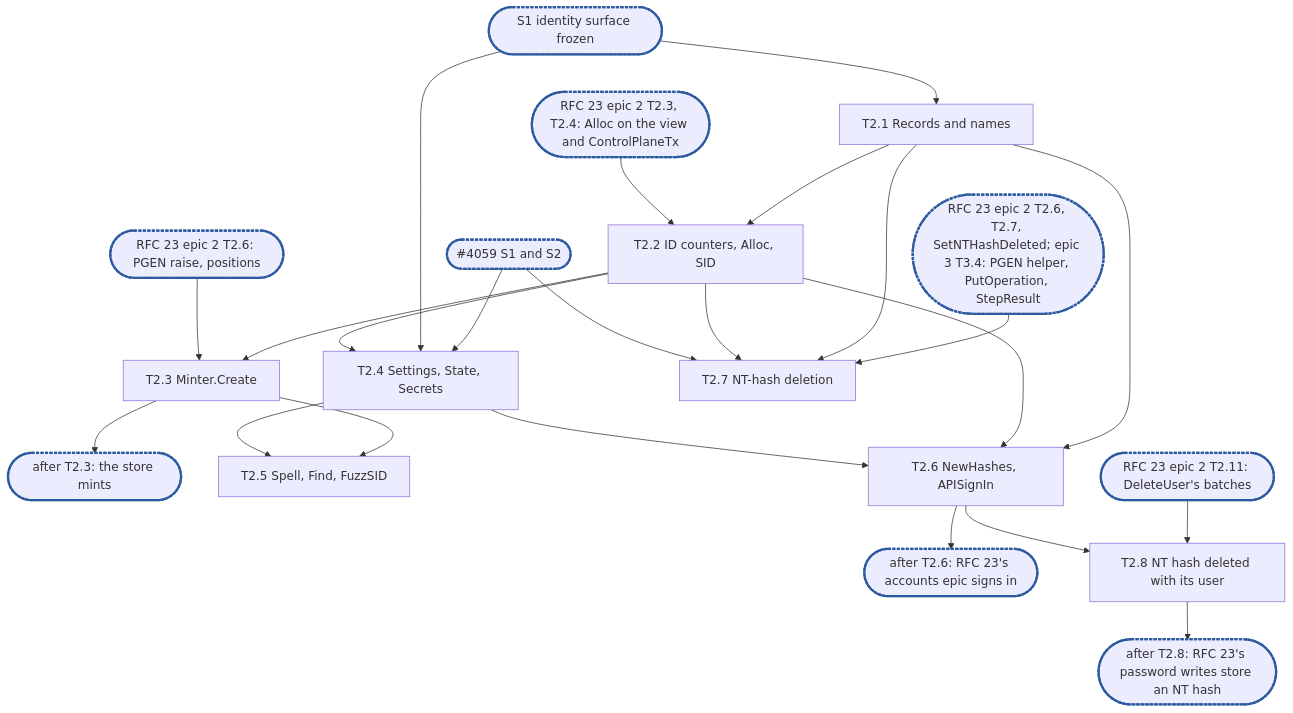
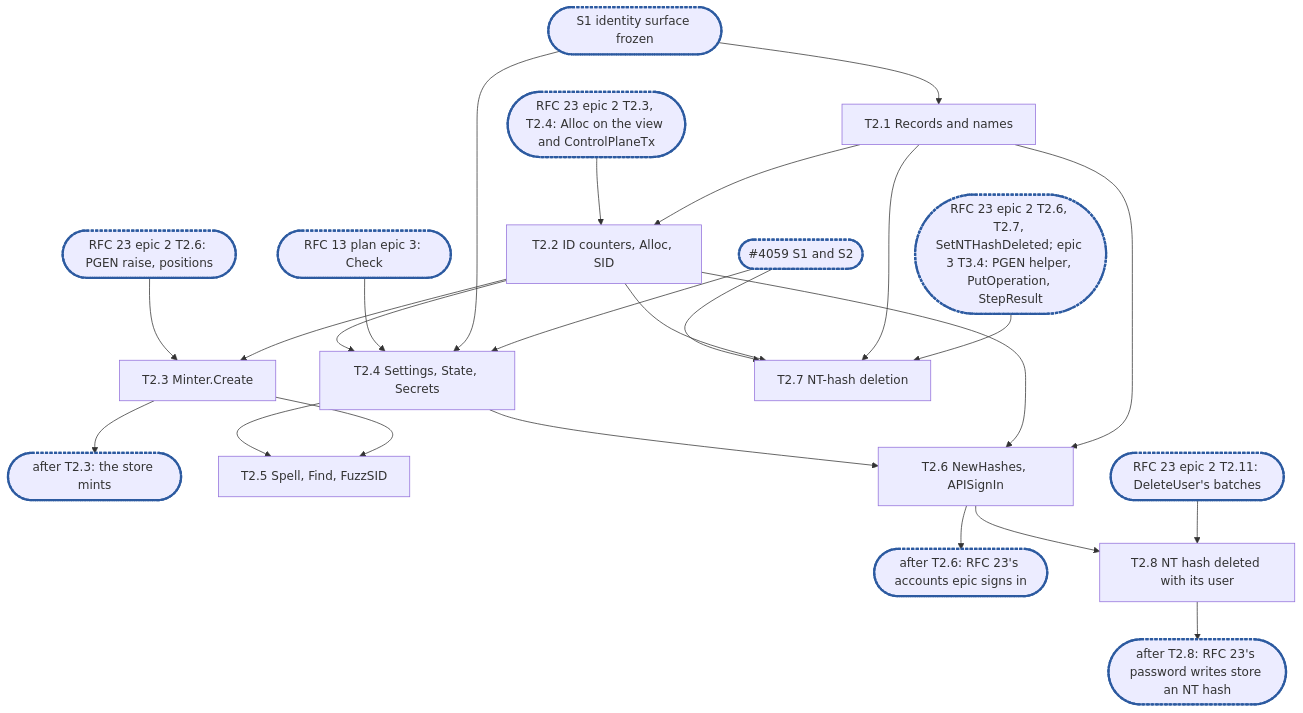
One commit to cubbit/dittofs changed the diagram in docs/internals/planning/rfc-18-identity-epic2.md. Above: the diagram before and after it, drawn with Mermaid. The commit also changed other lines of this file, not shown here.

````diff
--- a/docs/internals/planning/rfc-18-identity-epic2.md
+++ b/docs/internals/planning/rfc-18-identity-epic2.md
@@ -679,21 +705,22 @@
 ```mermaid
 flowchart TD
   S1(["S1 identity surface frozen"]):::sync --> T2_1["T2.1 Records and names"]
   T2_1 --> T2_2["T2.2 ID counters, Alloc, SID"]
   T2_2 --> T2_3["T2.3 Minter.Create"]
   T2_3 --> C1(["after T2.3: the store mints"]):::sync
   X59(["#4059 S1 and S2"]):::sync --> T2_4["T2.4 Settings, State, Secrets"]
   S1 --> T2_4
+  X13(["RFC 13 plan epic 3: Check"]):::sync --> T2_4
   T2_2 --> T2_4
   T2_3 & T2_4 --> T2_5["T2.5 Spell, Find, FuzzSID"]
   T2_1 & T2_2 & T2_4 --> T2_6["T2.6 NewHashes, APISignIn"]
   T2_6 --> C2(["after T2.6: RFC 23's accounts epic signs in"]):::sync
   X23a(["RFC 23 epic 2 T2.3, T2.4: Alloc on the view and ControlPlaneTx"]):::sync --> T2_2
   X23b(["RFC 23 epic 2 T2.6: PGEN raise, positions"]):::sync --> T2_3
   X23c(["RFC 23 epic 2 T2.11: DeleteUser's batches"]):::sync --> T2_8["T2.8 NT hash deleted with its user"]
   T2_6 --> T2_8
   T2_8 --> C3(["after T2.8: RFC 23's password writes store an NT hash"]):::sync
   X23d(["RFC 23 epic 2 T2.6, T2.7, SetNTHashDeleted; epic 3 T3.4: PGEN helper, PutOperation, StepResult"]):::sync --> T2_7["T2.7 NT-hash deletion"]
   T2_1 & T2_2 & X59 --> T2_7
   classDef sync stroke:#2c5aa0,stroke-width:3px,stroke-dasharray:4 2
 ```
````
